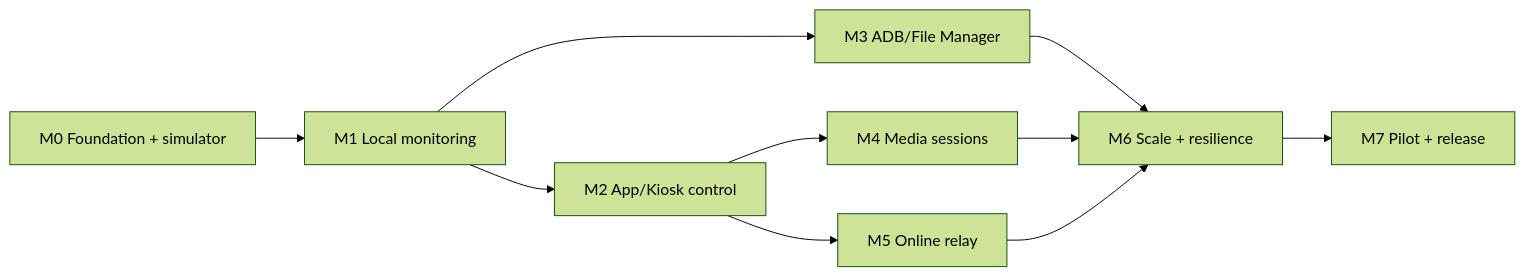
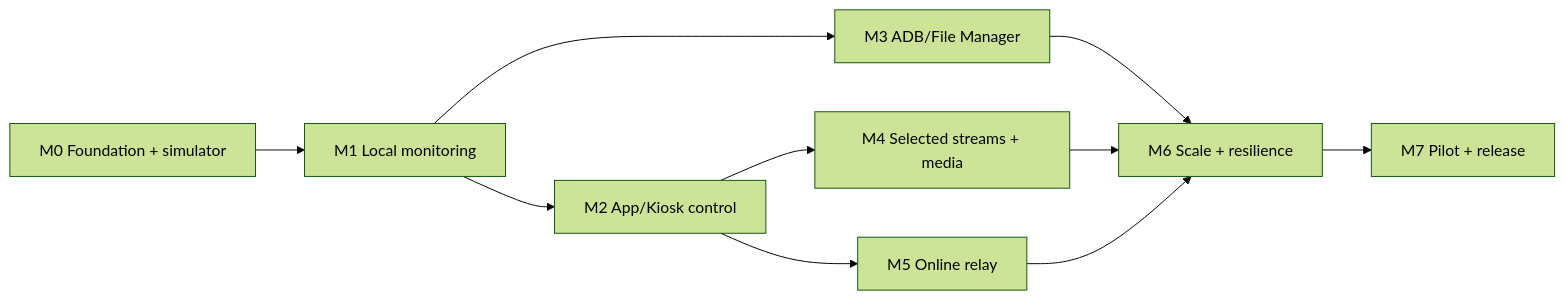
The diagram in docs/IMPLEMENTATION_PLAN.md (MesmerPrism/rusty-fleet), drawn with Mermaid (forest theme) before and after one commit. The commit also changed other lines of this file and 14 other files, not shown here.

Commit message:
docs: consolidate fleet datastream architecture (#2)

````diff
--- a/docs/IMPLEMENTATION_PLAN.md
+++ b/docs/IMPLEMENTATION_PLAN.md
@@ -442,12 +515,12 @@
 ```mermaid
 flowchart LR
     M0["M0 Foundation + simulator"] --> M1["M1 Local monitoring"]
     M1 --> M2["M2 App/Kiosk control"]
     M1 --> M3["M3 ADB/File Manager"]
-    M2 --> M4["M4 Media sessions"]
+    M2 --> M4["M4 Selected streams + media"]
     M3 --> M6["M6 Scale + resilience"]
     M4 --> M6
     M2 --> M5["M5 Online relay"]
     M5 --> M6
     M6 --> M7["M7 Pilot + release"]
 ```
````
